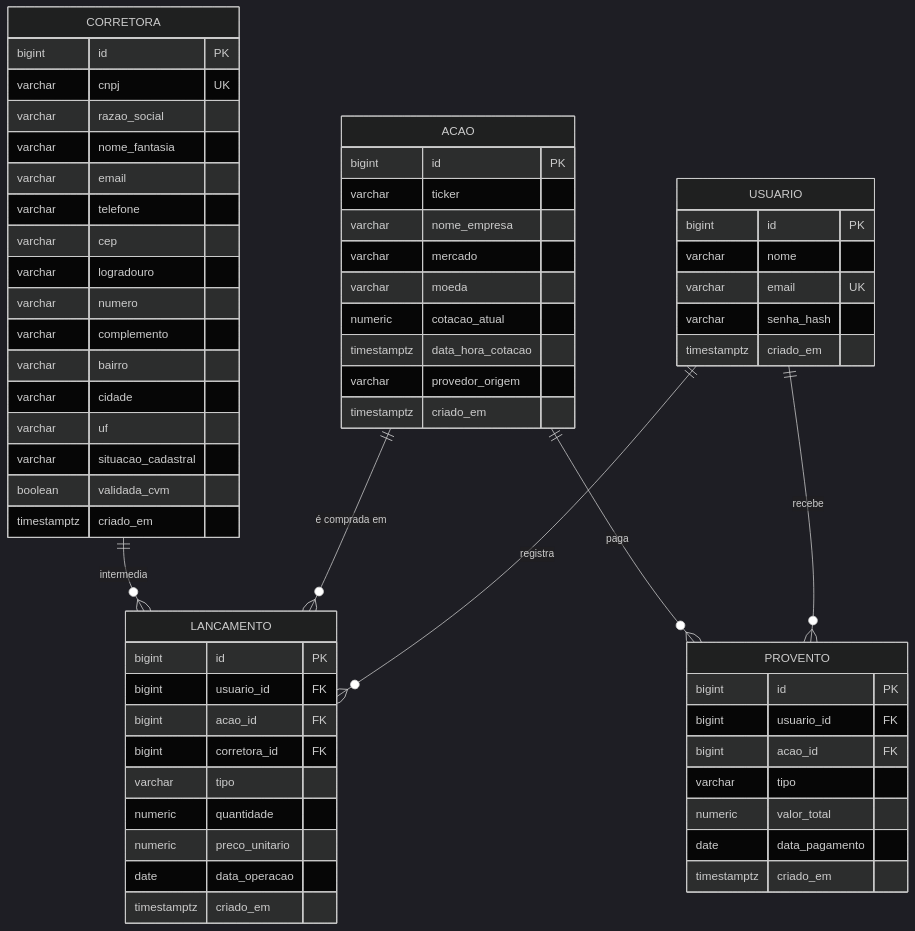
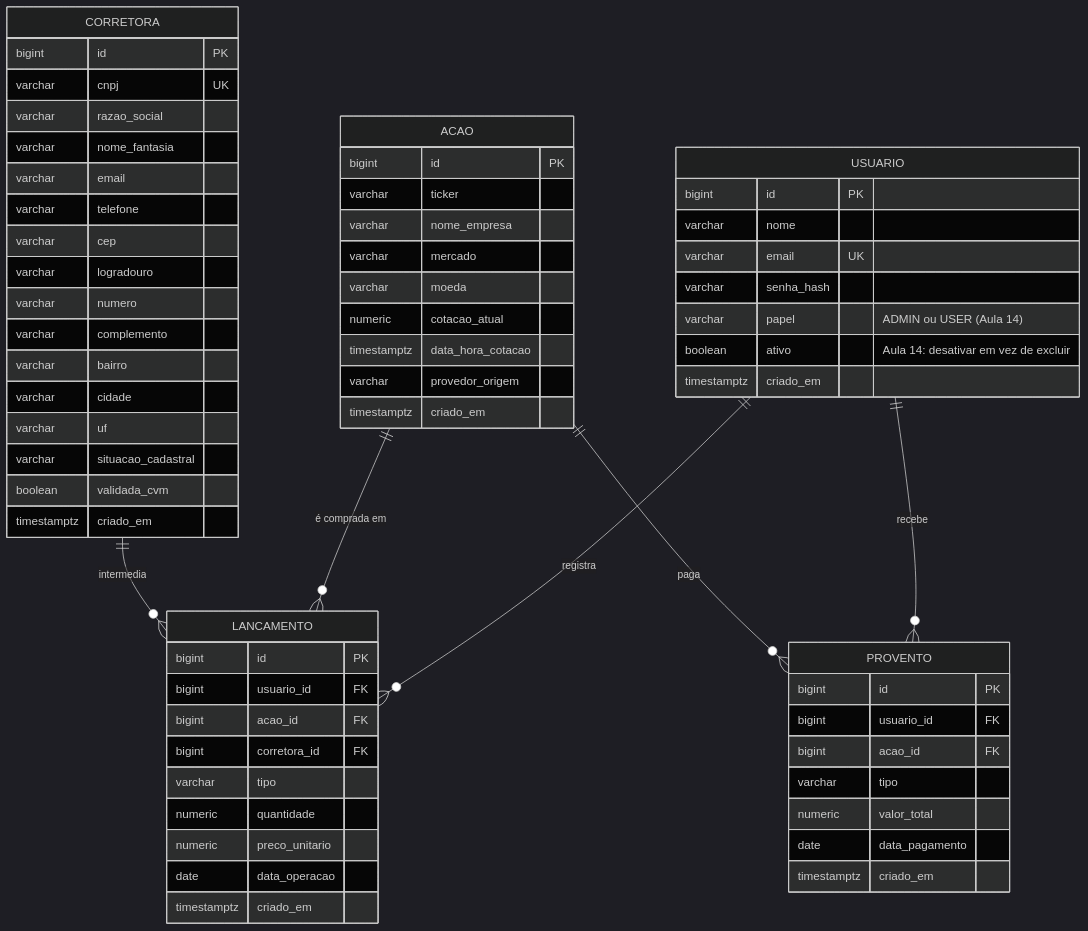
The first of 3 diagrams in docs/diagramas.md (viniciussoliveiraa/gestao-acoes), drawn with Mermaid (dark theme) before and after one commit. The commit also changed other lines of this file and 47 other files, not shown here.

````diff
--- a/docs/diagramas.md
+++ b/docs/diagramas.md
@@ -5,69 +5,71 @@
 ```mermaid
 erDiagram
     CORRETORA {
         bigint id PK
         varchar cnpj UK
         varchar razao_social
         varchar nome_fantasia
         varchar email
         varchar telefone
         varchar cep
         varchar logradouro
         varchar numero
         varchar complemento
         varchar bairro
         varchar cidade
         varchar uf
         varchar situacao_cadastral
         boolean validada_cvm
         timestamptz criado_em
     }
 
     ACAO {
         bigint id PK
         varchar ticker
         varchar nome_empresa
         varchar mercado
         varchar moeda
         numeric cotacao_atual
         timestamptz data_hora_cotacao
         varchar provedor_origem
         timestamptz criado_em
     }
 
     USUARIO {
         bigint id PK
         varchar nome
         varchar email UK
         varchar senha_hash
+        varchar papel "ADMIN ou USER (Aula 14)"
+        boolean ativo "Aula 14: desativar em vez de excluir"
         timestamptz criado_em
     }
 
     LANCAMENTO {
         bigint id PK
         bigint usuario_id FK
         bigint acao_id FK
         bigint corretora_id FK
         varchar tipo
         numeric quantidade
         numeric preco_unitario
         date data_operacao
         timestamptz criado_em
     }
 
     PROVENTO {
         bigint id PK
         bigint usuario_id FK
         bigint acao_id FK
         varchar tipo
         numeric valor_total
         date data_pagamento
         timestamptz criado_em
     }
 
     USUARIO ||--o{ LANCAMENTO : registra
     ACAO ||--o{ LANCAMENTO : "é comprada em"
     CORRETORA ||--o{ LANCAMENTO : intermedia
     USUARIO ||--o{ PROVENTO : recebe
     ACAO ||--o{ PROVENTO : "paga"
 ```
````
